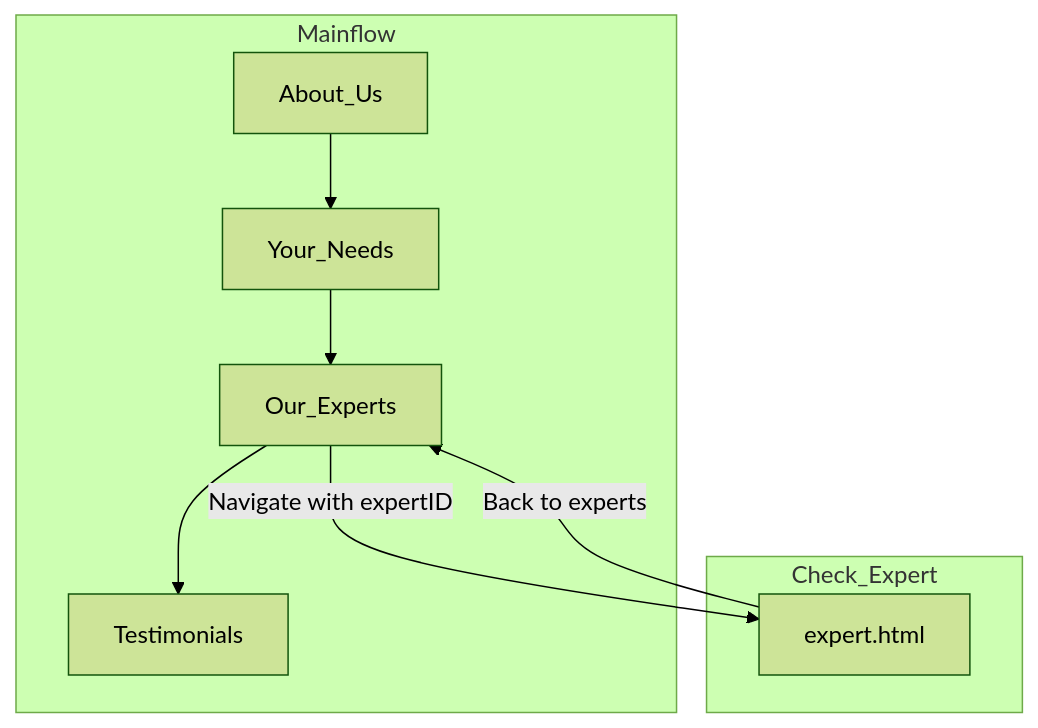
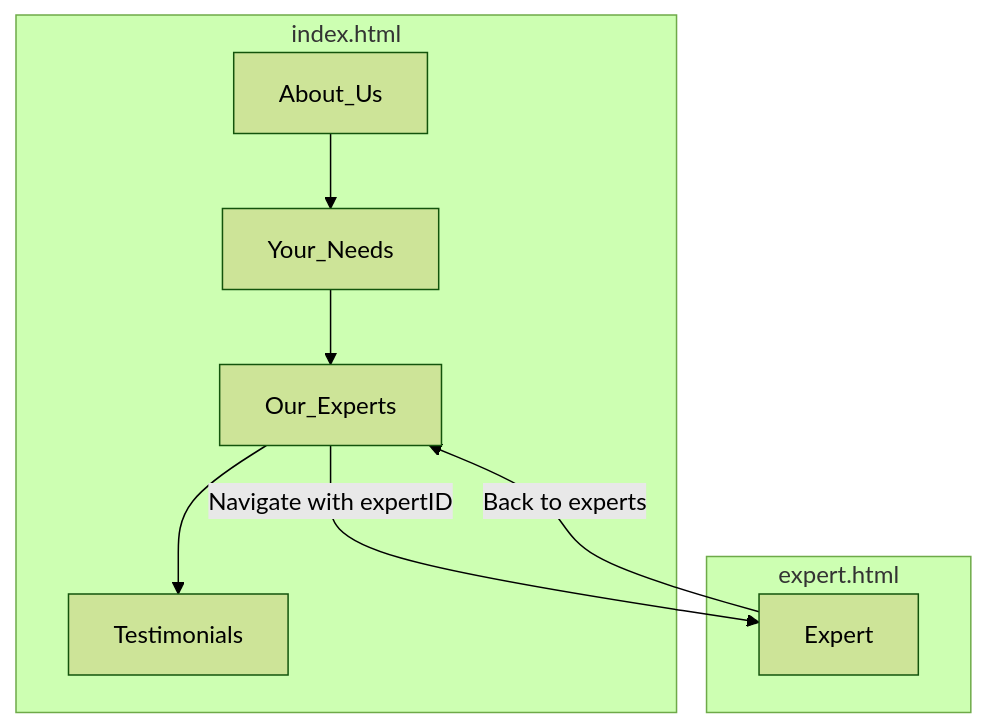
One commit to FAC29A/alex-portfolio changed the diagram in learnings/markup.md. Above: the diagram before and after it, drawn with Mermaid (forest theme).

````diff
--- a/learnings/markup.md
+++ b/learnings/markup.md
@@ -32,13 +32,13 @@
 ```mermaid
 graph TD;
-    subgraph Mainflow
+    subgraph index.html
         About_Us-->Your_Needs;
         Your_Needs-->Our_Experts;
         Our_Experts-->Testimonials;
     end
 
-    subgraph Check_Expert
-        Our_Experts-->|Navigate with expertID|expert.html;
-        expert.html-->|Back to experts|Our_Experts;
+    subgraph expert.html
+        Our_Experts-->|Navigate with expertID|Expert;
+        Expert-->|Back to experts|Our_Experts;
     end 
 ```
````
